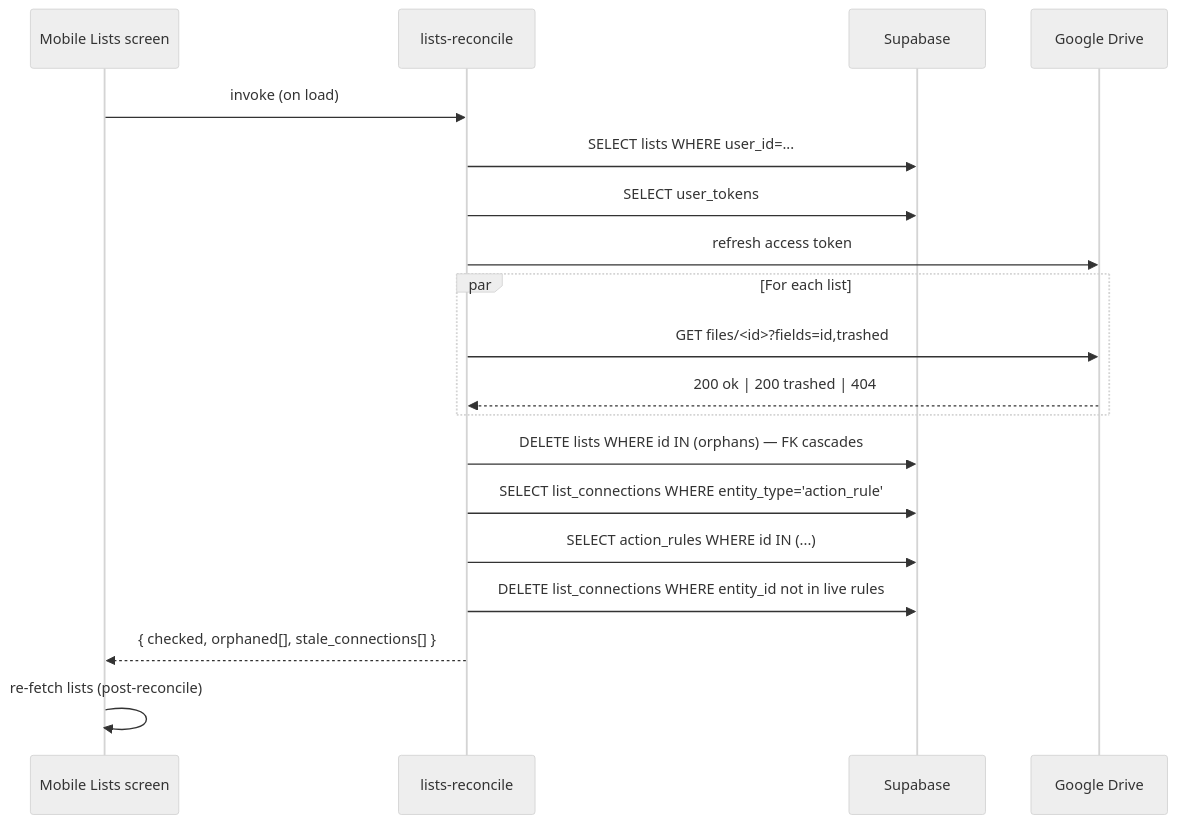
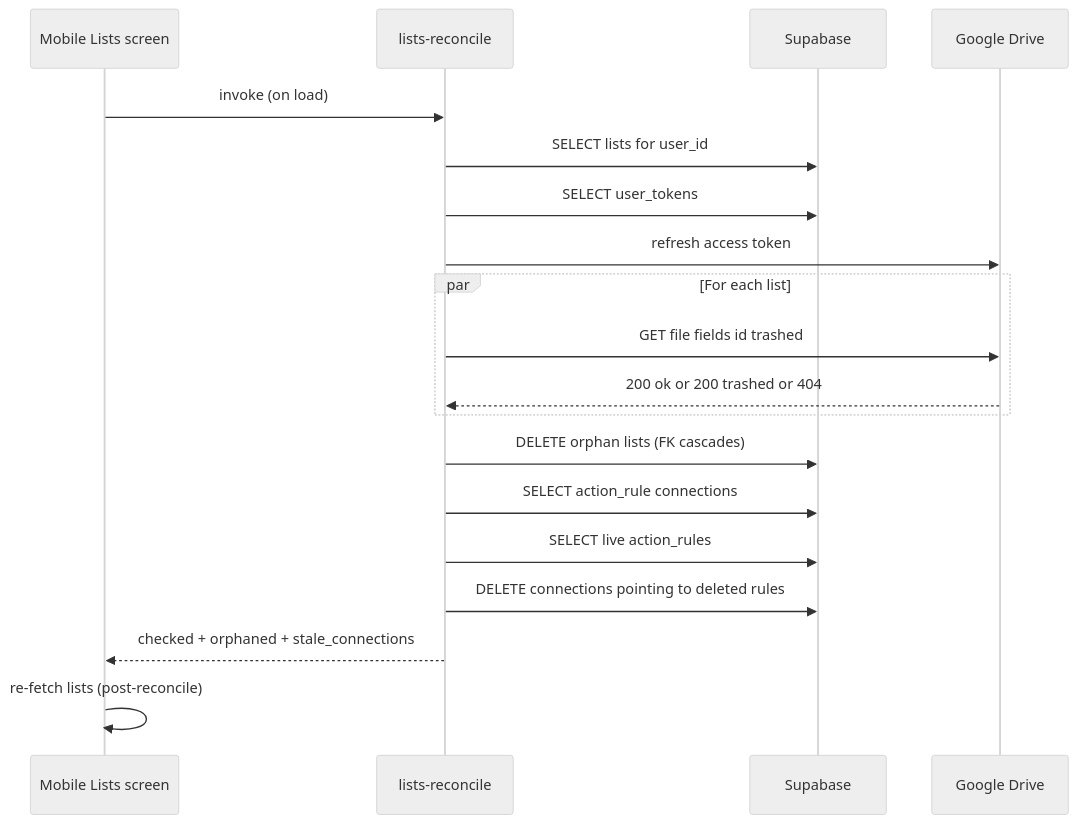
One commit to munk2207/naavi-app changed the ninth of 10 diagrams in docs/ARCHITECTURE_2026-05-13.md. Above: the diagram before and after it, drawn with Mermaid (neutral theme). The commit also changed other lines of this file and 1 other file, not shown here.

````diff
--- a/docs/ARCHITECTURE_2026-05-13.md
+++ b/docs/ARCHITECTURE_2026-05-13.md
@@ -636,22 +636,22 @@
 ```mermaid
 sequenceDiagram
   participant M as Mobile Lists screen
   participant LR as lists-reconcile
   participant DB as Supabase
   participant GD as Google Drive
 
   M->>LR: invoke (on load)
-  LR->>DB: SELECT lists WHERE user_id=...
+  LR->>DB: SELECT lists for user_id
   LR->>DB: SELECT user_tokens
   LR->>GD: refresh access token
   par For each list
-    LR->>GD: GET files/<id>?fields=id,trashed
-    GD-->>LR: 200 ok | 200 trashed | 404
+    LR->>GD: GET file fields id trashed
+    GD-->>LR: 200 ok or 200 trashed or 404
   end
-  LR->>DB: DELETE lists WHERE id IN (orphans) — FK cascades
-  LR->>DB: SELECT list_connections WHERE entity_type='action_rule'
-  LR->>DB: SELECT action_rules WHERE id IN (...)
-  LR->>DB: DELETE list_connections WHERE entity_id not in live rules
-  LR-->>M: { checked, orphaned[], stale_connections[] }
+  LR->>DB: DELETE orphan lists (FK cascades)
+  LR->>DB: SELECT action_rule connections
+  LR->>DB: SELECT live action_rules
+  LR->>DB: DELETE connections pointing to deleted rules
+  LR-->>M: checked + orphaned + stale_connections
   M->>M: re-fetch lists (post-reconcile)
 ```
````
